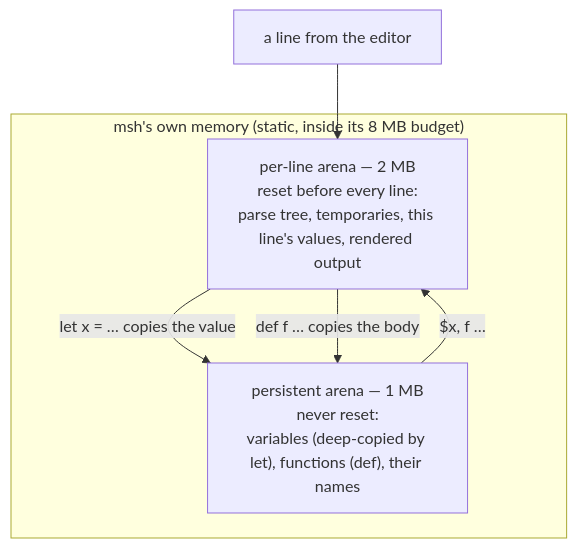
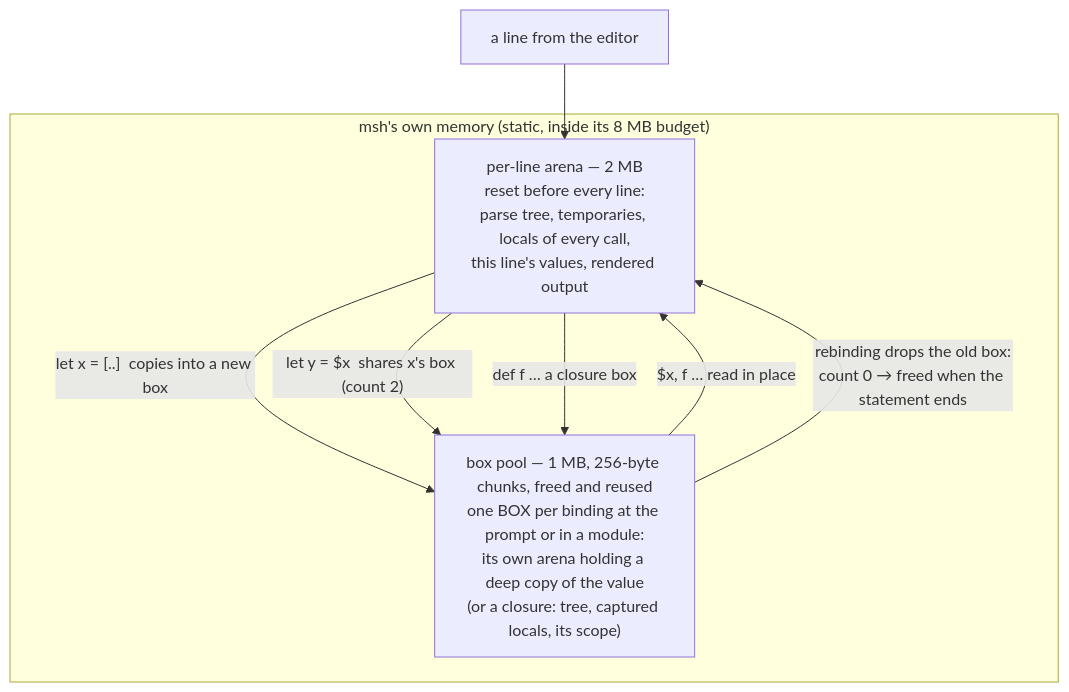
The second of 4 diagrams in docs/shell.md (mylanconnolly/moss), drawn with Mermaid before and after one commit. The commit also changed other lines of this file and 10 other files, not shown here.

````diff
--- a/docs/shell.md
+++ b/docs/shell.md
@@ -101,11 +166,13 @@
 ```mermaid
 flowchart TB
-  subgraph bss["msh's own memory (static, inside its 8 MB budget)"]
-    L["per-line arena — 2 MB\nreset before every line:\nparse tree, temporaries, this line's values, rendered output"]
-    P["persistent arena — 1 MB\nnever reset:\nvariables (deep-copied by let), functions (def), their names"]
+  subgraph msh["msh's own memory (static, inside its 8 MB budget)"]
+    L["per-line arena — 2 MB\nreset before every line:\nparse tree, temporaries, locals of every call,\nthis line's values, rendered output"]
+    P["box pool — 1 MB, 256-byte chunks, freed and reused\none BOX per binding at the prompt or in a module:\nits own arena holding a deep copy of the value\n(or a closure: tree, captured locals, its scope)"]
   end
   LINE["a line from the editor"] --> L
-  L -- "let x = …  copies the value" --> P
-  L -- "def f … copies the body" --> P
-  P -- "$x, f …" --> L
+  L -- "let x = [..]  copies into a new box" --> P
+  L -- "let y = $x  shares x's box (count 2)" --> P
+  L -- "def f … a closure box" --> P
+  P -- "$x, f … read in place" --> L
+  P -- "rebinding drops the old box:\ncount 0 → freed when the statement ends" --> L
 ```
````
